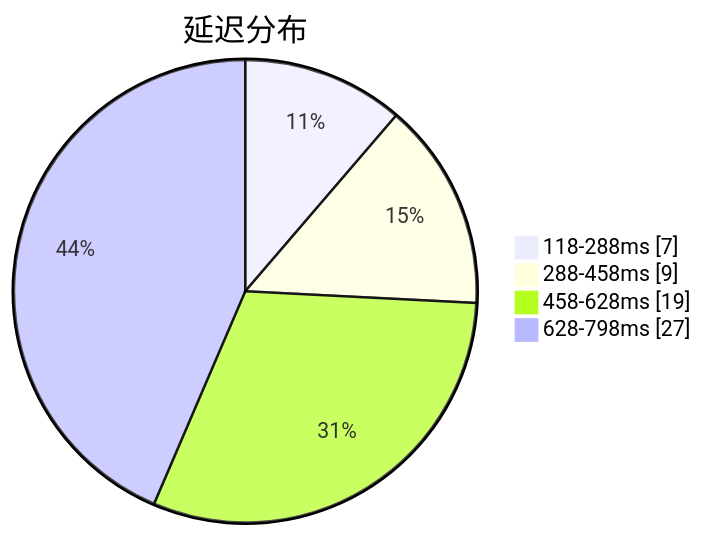
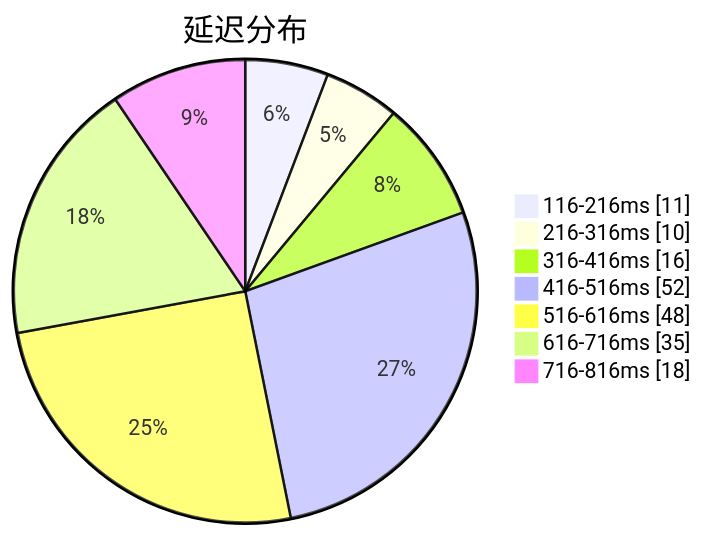
One commit to sinspired/airport changed the first of 3 diagrams in subs/statistics/tested_within.md. Above: the diagram before and after it, drawn with Mermaid. The commit also changed other lines of this file and 2 other files, not shown here.

````diff
--- a/subs/statistics/tested_within.md
+++ b/subs/statistics/tested_within.md
@@ -2,8 +2,11 @@
 ```mermaid
 pie showData
 title 延迟分布
-"118-288ms" : 7
-"288-458ms" : 9
-"458-628ms" : 19
-"628-798ms" : 27
+"116-216ms" : 11
+"216-316ms" : 10
+"316-416ms" : 16
+"416-516ms" : 52
+"516-616ms" : 48
+"616-716ms" : 35
+"716-816ms" : 18
 ```
````
